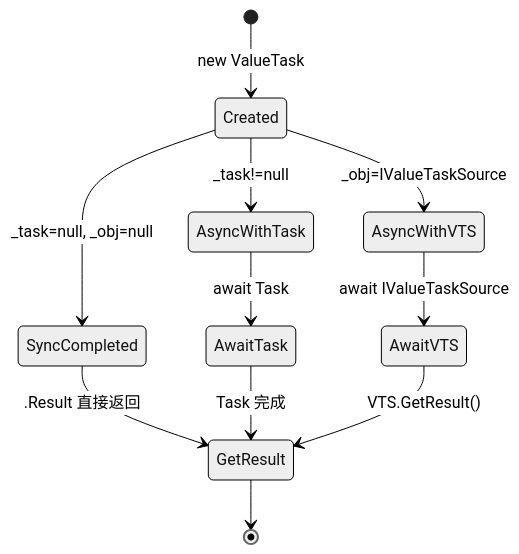
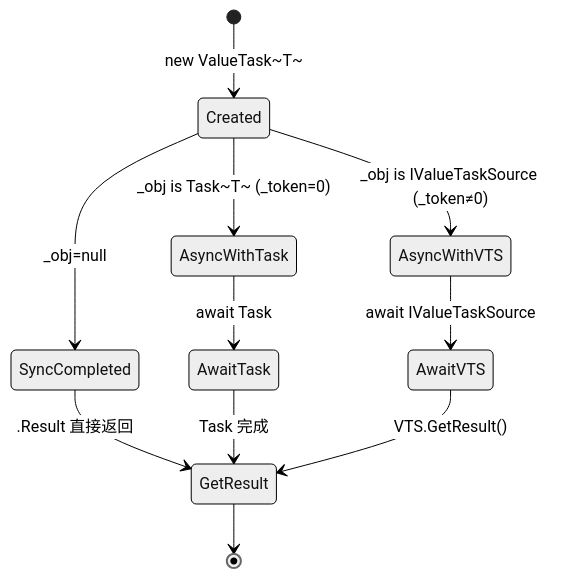
One commit to moklgydocs/moklgydocs.github.io changed the sixth of 11 diagrams in src/后端开发/CSharp/CLR深度/07_异步编程原理/03_SynchronizationContext与ValueTask.md. Above: the diagram before and after it, drawn with Mermaid (neutral theme). The commit also changed other lines of this file and 32 other files, not shown here.

````diff
--- a/src/后端开发/CSharp/CLR深度/07_异步编程原理/03_SynchronizationContext与ValueTask.md
+++ b/src/后端开发/CSharp/CLR深度/07_异步编程原理/03_SynchronizationContext与ValueTask.md
@@ -605,16 +605,16 @@
 ```mermaid
 stateDiagram-v2
-    [*] --> Created: new ValueTask<T>
-    Created --> SyncCompleted: _task=null, _obj=null
-    Created --> AsyncWithTask: _task!=null
-    Created --> AsyncWithVTS: _obj=IValueTaskSource
+    [*] --> Created: new ValueTask~T~
+    Created --> SyncCompleted: _obj=null
+    Created --> AsyncWithTask: _obj is Task~T~ (_token=0)
+    Created --> AsyncWithVTS: _obj is IValueTaskSource (_token≠0)
 
     SyncCompleted --> GetResult: .Result 直接返回
     AsyncWithTask --> AwaitTask: await Task
     AsyncWithVTS --> AwaitVTS: await IValueTaskSource
 
     AwaitTask --> GetResult: Task 完成
     AwaitVTS --> GetResult: VTS.GetResult()
 
     GetResult --> [*]
 ```
````
